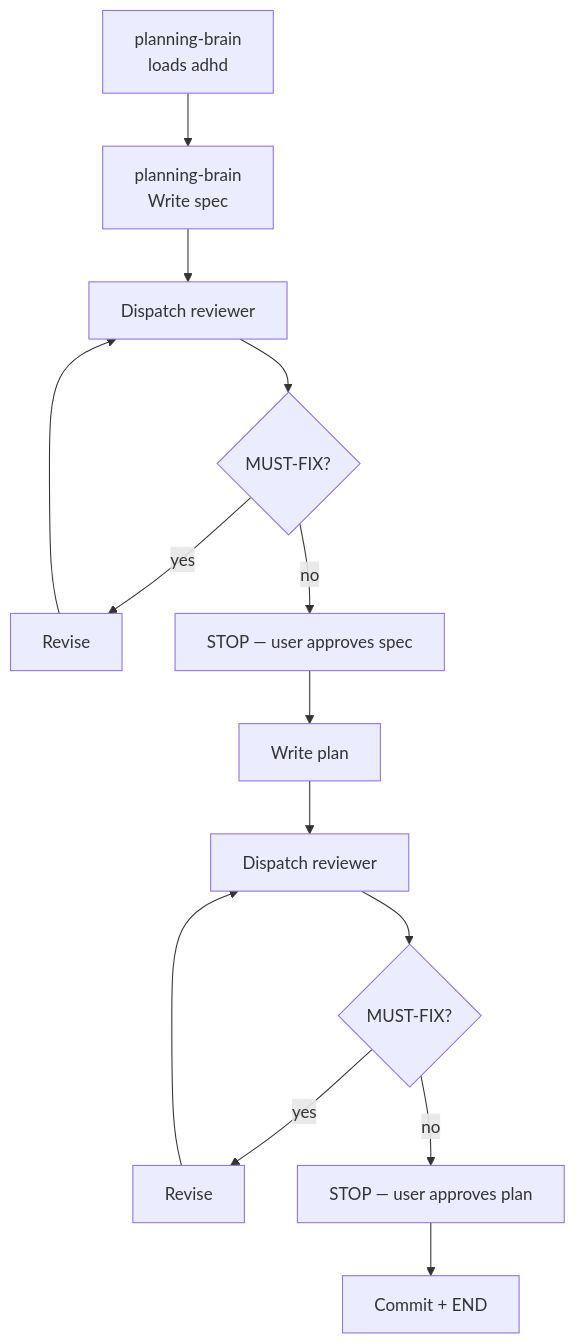
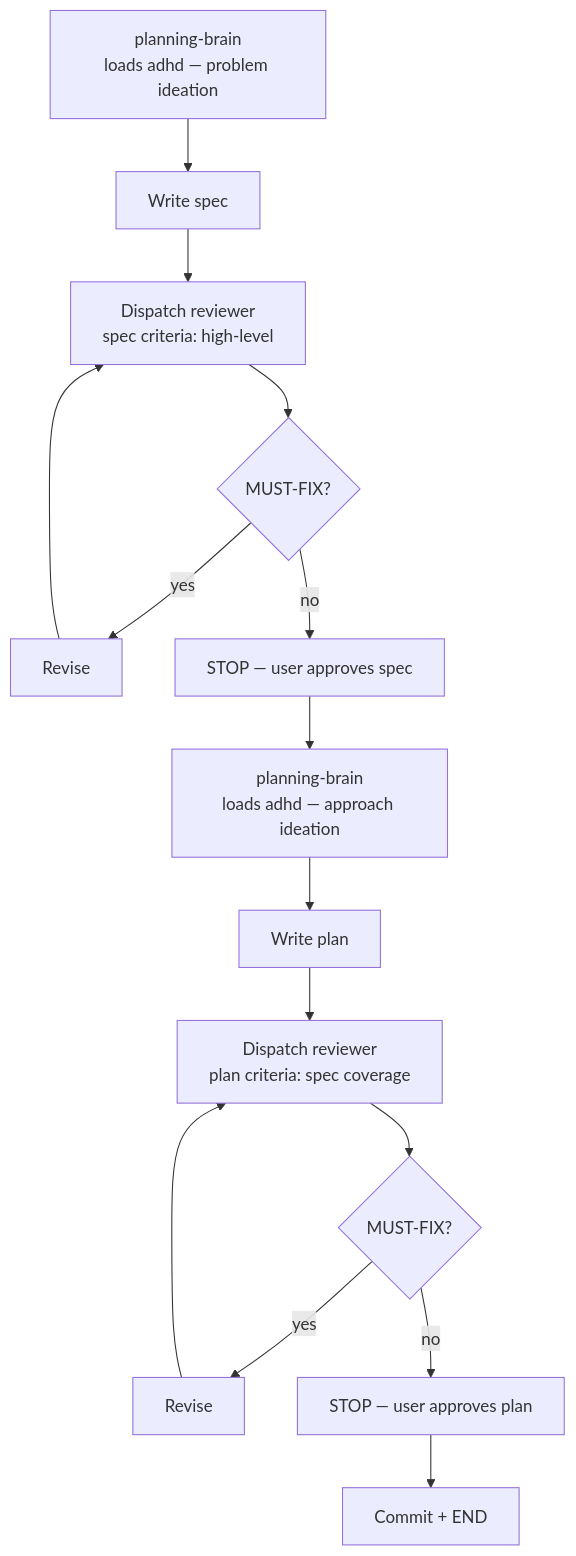
One commit to bperin/project-context changed the second of 3 diagrams in src/workflows/overview.md. Above: the diagram before and after it, drawn with Mermaid. The commit also changed other lines of this file and 9 other files, not shown here.

````diff
--- a/src/workflows/overview.md
+++ b/src/workflows/overview.md
@@ -24,14 +23,15 @@
 ```mermaid
 flowchart TD
-    ADHD["planning-brain<br/>loads adhd"] --> WRITESPEC["planning-brain<br/>Write spec"]
-    WRITESPEC --> REV1["Dispatch reviewer"]
+    ADHD1["planning-brain<br/>loads adhd — problem ideation"] --> WRITESPEC["Write spec"]
+    WRITESPEC --> REV1["Dispatch reviewer<br/>spec criteria: high-level"]
     REV1 --> FIX1{"MUST-FIX?"}
     FIX1 -->|yes| REVISE1["Revise"] --> REV1
     FIX1 -->|no| GATE1["STOP — user approves spec"]
-    GATE1 --> WRITEPLAN["Write plan"]
-    WRITEPLAN --> REV2["Dispatch reviewer"]
+    GATE1 --> ADHD2["planning-brain<br/>loads adhd — approach ideation"]
+    ADHD2 --> WRITEPLAN["Write plan"]
+    WRITEPLAN --> REV2["Dispatch reviewer<br/>plan criteria: spec coverage"]
     REV2 --> FIX2{"MUST-FIX?"}
     FIX2 -->|yes| REVISE2["Revise"] --> REV2
     FIX2 -->|no| GATE2["STOP — user approves plan"]
     GATE2 --> COMMIT["Commit + END"]
 ```
````
